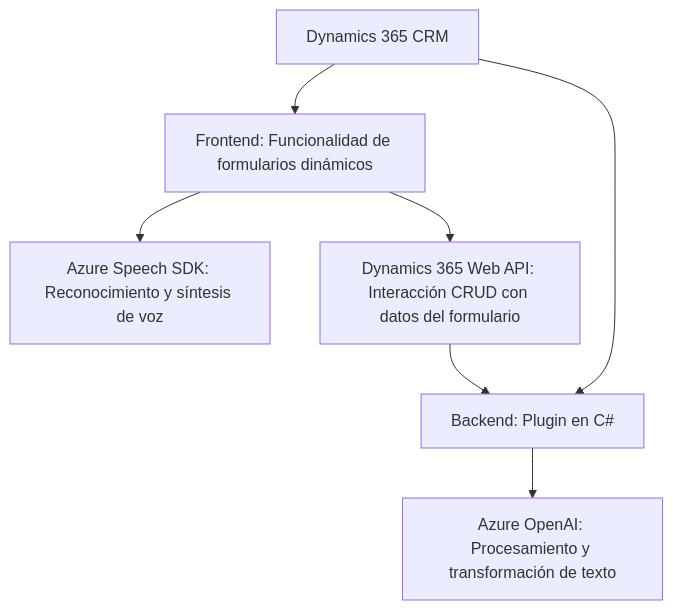
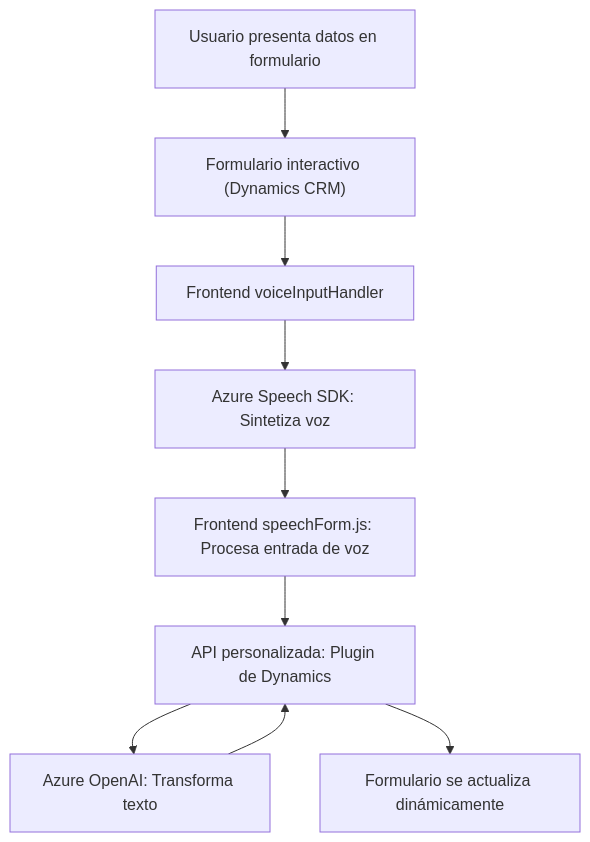
One commit to blopezdm/NETCORE_BILBAO2025 changed the diagram in README.md. Above: the diagram before and after it, drawn with Mermaid. The commit also changed other lines of this file, not shown here.

Commit message:
Actualizar análisis global de la solución con IA

````diff
--- a/README.md
+++ b/README.md
@@ -47,16 +44,20 @@
 ```mermaid
 graph TD
-    A["Frontend: Funcionalidad de formularios dinámicos"]
-    B["Azure Speech SDK: Reconocimiento y síntesis de voz"]
-    C["Dynamics 365 Web API: Interacción CRUD con datos del formulario"]
-    D["Backend: Plugin en C#"]
-    E["Azure OpenAI: Procesamiento y transformación de texto"]
-    F["Dynamics 365 CRM"]
-    
-    A --> B
-    A --> C
-    F --> A
-    F --> D
-    C --> D
-    D --> E
+  A["Usuario presenta datos en formulario"]
+  B["Formulario interactivo (Dynamics CRM)"]
+  C["Frontend voiceInputHandler"]
+  D["Azure Speech SDK: Sintetiza voz"]
+  E["Frontend speechForm.js: Procesa entrada de voz"]
+  F["API personalizada: Plugin de Dynamics"]
+  G["Azure OpenAI: Transforma texto"]
+  H["Formulario se actualiza dinámicamente"]
+
+  A --> B
+  B --> C
+  C --> D
+  D --> E
+  E --> F
+  F --> G
+  G --> F
+  F --> H
 ```
````
